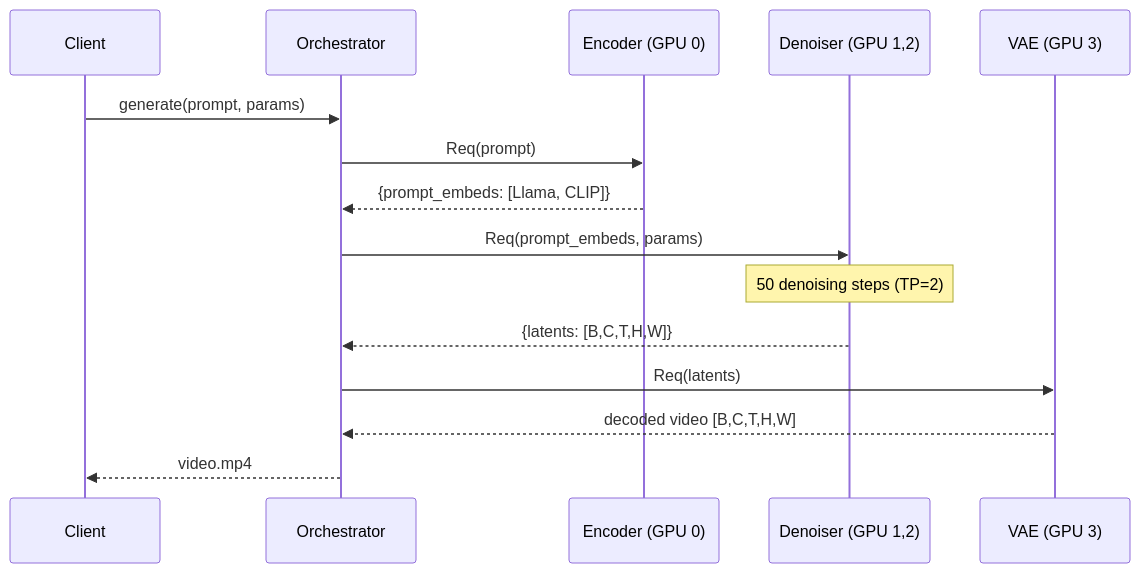
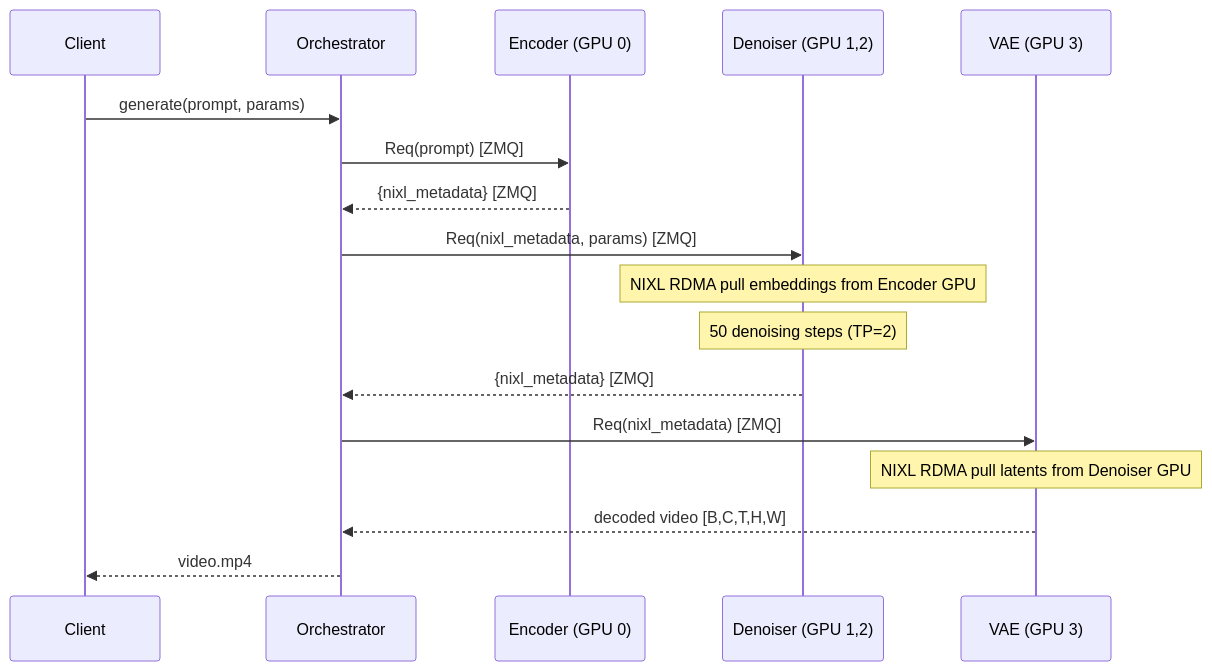
The diagram in docs/design/disaggregated_diffusion.md (ai-dynamo/dynamo), drawn with Mermaid before and after one commit. The commit also changed other lines of this file and 4 other files, not shown here.

First line of the commit message:
feat: add NIXL RDMA GPU-direct tensor transfer between disagg stages

````diff
--- a/docs/design/disaggregated_diffusion.md
+++ b/docs/design/disaggregated_diffusion.md
@@ -43,22 +46,24 @@
 ```mermaid
 sequenceDiagram
     participant Client
     participant Orchestrator
     participant Encoder as Encoder (GPU 0)
     participant Denoiser as Denoiser (GPU 1,2)
     participant VAE as VAE (GPU 3)
 
     Client->>Orchestrator: generate(prompt, params)
 
-    Orchestrator->>Encoder: Req(prompt)
-    Encoder-->>Orchestrator: {prompt_embeds: [Llama, CLIP]}
+    Orchestrator->>Encoder: Req(prompt) [ZMQ]
+    Encoder-->>Orchestrator: {nixl_metadata} [ZMQ]
 
-    Orchestrator->>Denoiser: Req(prompt_embeds, params)
+    Orchestrator->>Denoiser: Req(nixl_metadata, params) [ZMQ]
+    Note over Denoiser: NIXL RDMA pull embeddings from Encoder GPU
     Note over Denoiser: 50 denoising steps (TP=2)
-    Denoiser-->>Orchestrator: {latents: [B,C,T,H,W]}
+    Denoiser-->>Orchestrator: {nixl_metadata} [ZMQ]
 
-    Orchestrator->>VAE: Req(latents)
+    Orchestrator->>VAE: Req(nixl_metadata) [ZMQ]
+    Note over VAE: NIXL RDMA pull latents from Denoiser GPU
     VAE-->>Orchestrator: decoded video [B,C,T,H,W]
 
     Orchestrator-->>Client: video.mp4
 ```
````
